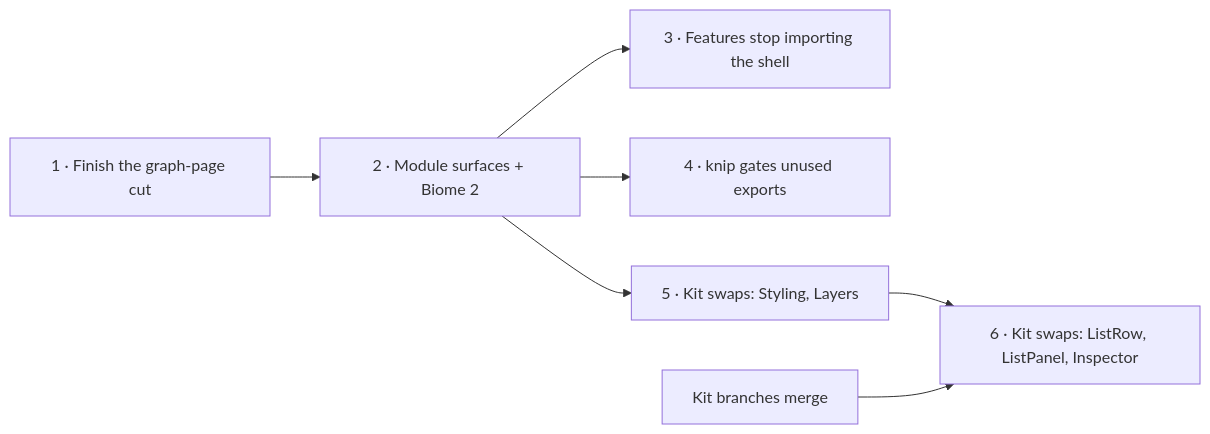
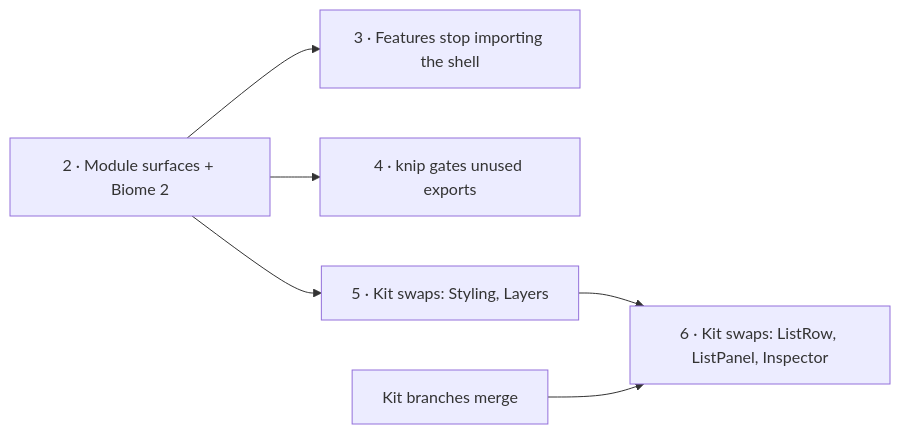
Before and after one commit to invana/invana: the diagram in docs/for-developers/building-studio/cleanup.md, drawn with Mermaid. The commit also changed other lines of this file and 6 other files, not shown here.

First line of the commit message:
refactor(studio): the graph page finishes under 400 lines

````diff
--- a/docs/for-developers/building-studio/cleanup.md
+++ b/docs/for-developers/building-studio/cleanup.md
@@ -12,9 +12,8 @@
 ```mermaid
 flowchart LR
-    A["1 · Finish the graph-page cut"] --> B["2 · Module surfaces + Biome 2"]
-    B --> C["3 · Features stop importing the shell"]
+    B["2 · Module surfaces + Biome 2"] --> C["3 · Features stop importing the shell"]
     B --> D["4 · knip gates unused exports"]
     B --> E["5 · Kit swaps: Styling, Layers"]
     E --> F["6 · Kit swaps: ListRow, ListPanel, Inspector"]
     K["Kit branches merge"] --> F
 ```
````
